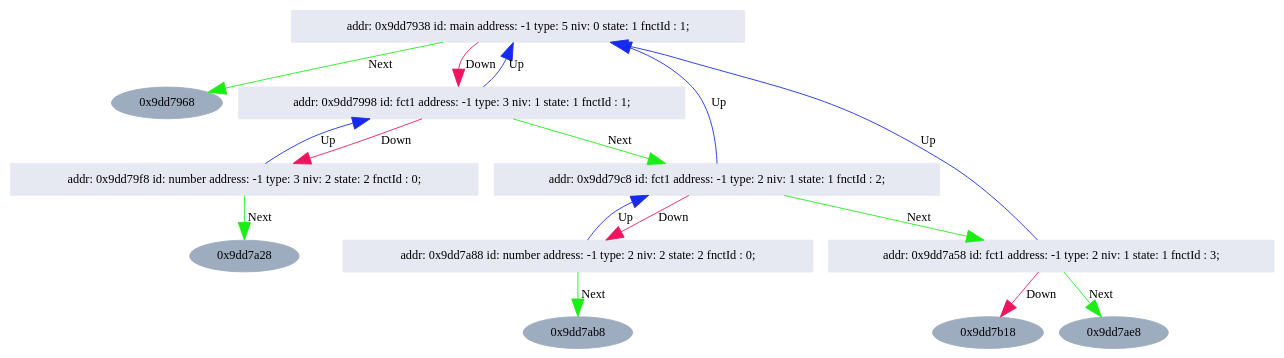
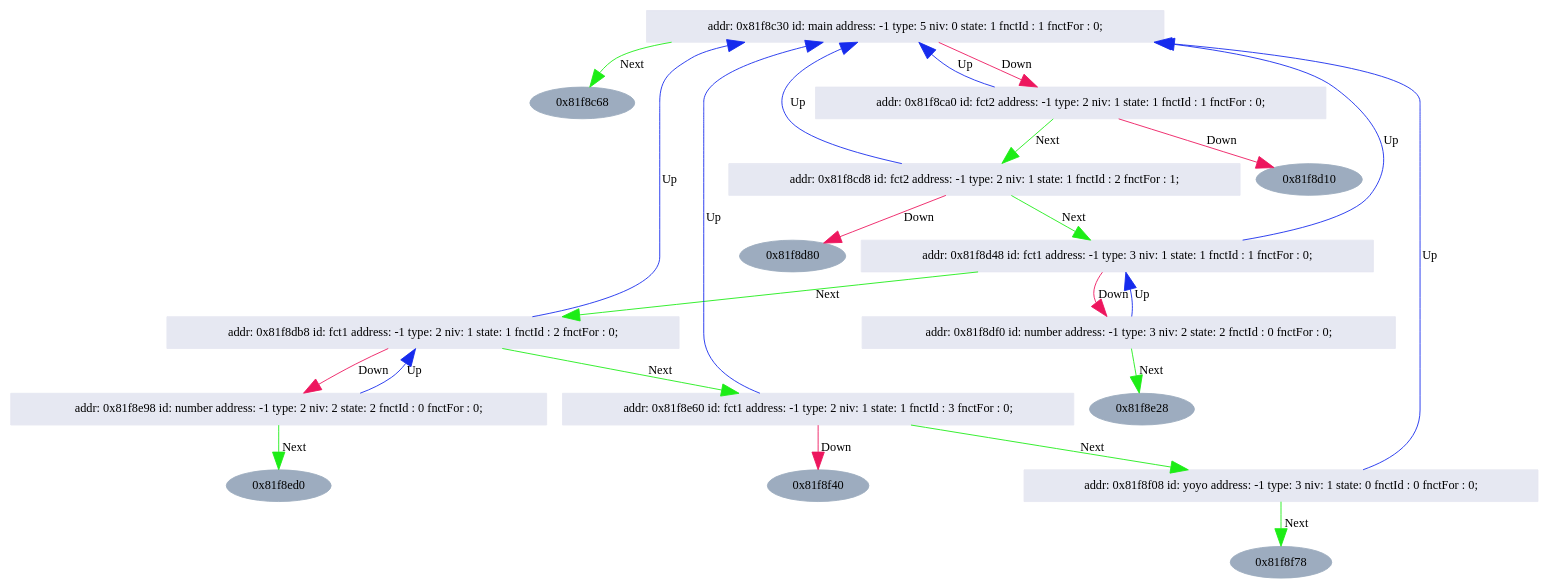
The diagram in lsd12/code/TabSymGraph.dot (w0lf3011/13-lsd12), drawn with Graphviz before and after one commit. The commit also changed 9 other files, not shown here.

```diff
--- a/lsd12/code/TabSymGraph.dot
+++ b/lsd12/code/TabSymGraph.dot
@@ -1,36 +1,52 @@
 //dot -Tjpg -oArbreGraph.jpg ArbreGraph.dot
 digraph LSD12{
 	bgcolor=white
 	node [color="#9DACBF", fontcolor="#000000", style=filled];
 	edge [arrowsize=2, color="#000000"];
 
 // A remplacer avec ce qu'il y a entre ";*** BEGIN printTreeGraphViz(..) +locations ***" et ";*** END printTreeGraphViz(..) +locations ***"
 
-"0x9dd7938";
-"0x9dd7938"[shape=box, color="#e6e8f2", fontcolor="#000000",label="addr: 0x9dd7938 id: main address: -1 type: 5 niv: 0 state: 1 fnctId : 1;"];
-"0x9dd7938" -> "0x9dd7968" [color="#1DED16", label="Next"];
-"0x9dd7938" -> "0x9dd7998"[color="#ED165E", label="Down"];
-"0x9dd7998";
-"0x9dd7998"[shape=box, color="#e6e8f2", fontcolor="#000000",label="addr: 0x9dd7998 id: fct1 address: -1 type: 3 niv: 1 state: 1 fnctId : 1;"];
-"0x9dd7998" -> "0x9dd79c8" [color="#1DED16", label="Next"];
-"0x9dd7998" -> "0x9dd79f8"[color="#ED165E", label="Down"];
-"0x9dd7998" -> "0x9dd7938"[color="#162BED", label="Up"];
-"0x9dd79f8";
-"0x9dd79f8"[shape=box, color="#e6e8f2", fontcolor="#000000",label="addr: 0x9dd79f8 id: number address: -1 type: 3 niv: 2 state: 2 fnctId : 0;"];
-"0x9dd79f8" -> "0x9dd7a28" [color="#1DED16", label="Next"];
-"0x9dd79f8" -> "0x9dd7998"[color="#162BED", label="Up"];
-"0x9dd79c8";
-"0x9dd79c8"[shape=box, color="#e6e8f2", fontcolor="#000000",label="addr: 0x9dd79c8 id: fct1 address: -1 type: 2 niv: 1 state: 1 fnctId : 2;"];
-"0x9dd79c8" -> "0x9dd7a58" [color="#1DED16", label="Next"];
-"0x9dd79c8" -> "0x9dd7a88"[color="#ED165E", label="Down"];
-"0x9dd79c8" -> "0x9dd7938"[color="#162BED", label="Up"];
-"0x9dd7a88";
-"0x9dd7a88"[shape=box, color="#e6e8f2", fontcolor="#000000",label="addr: 0x9dd7a88 id: number address: -1 type: 2 niv: 2 state: 2 fnctId : 0;"];
-"0x9dd7a88" -> "0x9dd7ab8" [color="#1DED16", label="Next"];
-"0x9dd7a88" -> "0x9dd79c8"[color="#162BED", label="Up"];
-"0x9dd7a58";
-"0x9dd7a58"[shape=box, color="#e6e8f2", fontcolor="#000000",label="addr: 0x9dd7a58 id: fct1 address: -1 type: 2 niv: 1 state: 1 fnctId : 3;"];
-"0x9dd7a58" -> "0x9dd7ae8" [color="#1DED16", label="Next"];
-"0x9dd7a58" -> "0x9dd7b18"[color="#ED165E", label="Down"];
-"0x9dd7a58" -> "0x9dd7938"[color="#162BED", label="Up"];
+"0x81f8c30";
+"0x81f8c30"[shape=box, color="#e6e8f2", fontcolor="#000000",label="addr: 0x81f8c30 id: main address: -1 type: 5 niv: 0 state: 1 fnctId : 1 fnctFor : 0;"];
+"0x81f8c30" -> "0x81f8c68" [color="#1DED16", label="Next"];
+"0x81f8c30" -> "0x81f8ca0"[color="#ED165E", label="Down"];
+"0x81f8ca0";
+"0x81f8ca0"[shape=box, color="#e6e8f2", fontcolor="#000000",label="addr: 0x81f8ca0 id: fct2 address: -1 type: 2 niv: 1 state: 1 fnctId : 1 fnctFor : 0;"];
+"0x81f8ca0" -> "0x81f8cd8" [color="#1DED16", label="Next"];
+"0x81f8ca0" -> "0x81f8d10"[color="#ED165E", label="Down"];
+"0x81f8ca0" -> "0x81f8c30"[color="#162BED", label="Up"];
+"0x81f8cd8";
+"0x81f8cd8"[shape=box, color="#e6e8f2", fontcolor="#000000",label="addr: 0x81f8cd8 id: fct2 address: -1 type: 2 niv: 1 state: 1 fnctId : 2 fnctFor : 1;"];
+"0x81f8cd8" -> "0x81f8d48" [color="#1DED16", label="Next"];
+"0x81f8cd8" -> "0x81f8d80"[color="#ED165E", label="Down"];
+"0x81f8cd8" -> "0x81f8c30"[color="#162BED", label="Up"];
+"0x81f8d48";
+"0x81f8d48"[shape=box, color="#e6e8f2", fontcolor="#000000",label="addr: 0x81f8d48 id: fct1 address: -1 type: 3 niv: 1 state: 1 fnctId : 1 fnctFor : 0;"];
+"0x81f8d48" -> "0x81f8db8" [color="#1DED16", label="Next"];
+"0x81f8d48" -> "0x81f8df0"[color="#ED165E", label="Down"];
+"0x81f8d48" -> "0x81f8c30"[color="#162BED", label="Up"];
+"0x81f8df0";
+"0x81f8df0"[shape=box, color="#e6e8f2", fontcolor="#000000",label="addr: 0x81f8df0 id: number address: -1 type: 3 niv: 2 state: 2 fnctId : 0 fnctFor : 0;"];
+"0x81f8df0" -> "0x81f8e28" [color="#1DED16", label="Next"];
+"0x81f8df0" -> "0x81f8d48"[color="#162BED", label="Up"];
+"0x81f8db8";
+"0x81f8db8"[shape=box, color="#e6e8f2", fontcolor="#000000",label="addr: 0x81f8db8 id: fct1 address: -1 type: 2 niv: 1 state: 1 fnctId : 2 fnctFor : 0;"];
+"0x81f8db8" -> "0x81f8e60" [color="#1DED16", label="Next"];
+"0x81f8db8" -> "0x81f8e98"[color="#ED165E", label="Down"];
+"0x81f8db8" -> "0x81f8c30"[color="#162BED", label="Up"];
+"0x81f8e98";
+"0x81f8e98"[shape=box, color="#e6e8f2", fontcolor="#000000",label="addr: 0x81f8e98 id: number address: -1 type: 2 niv: 2 state: 2 fnctId : 0 fnctFor : 0;"];
+"0x81f8e98" -> "0x81f8ed0" [color="#1DED16", label="Next"];
+"0x81f8e98" -> "0x81f8db8"[color="#162BED", label="Up"];
+"0x81f8e60";
+"0x81f8e60"[shape=box, color="#e6e8f2", fontcolor="#000000",label="addr: 0x81f8e60 id: fct1 address: -1 type: 2 niv: 1 state: 1 fnctId : 3 fnctFor : 0;"];
+"0x81f8e60" -> "0x81f8f08" [color="#1DED16", label="Next"];
+"0x81f8e60" -> "0x81f8f40"[color="#ED165E", label="Down"];
+"0x81f8e60" -> "0x81f8c30"[color="#162BED", label="Up"];
+"0x81f8f08";
+"0x81f8f08"[shape=box, color="#e6e8f2", fontcolor="#000000",label="addr: 0x81f8f08 id: yoyo address: -1 type: 3 niv: 1 state: 0 fnctId : 0 fnctFor : 0;"];
+"0x81f8f08" -> "0x81f8f78" [color="#1DED16", label="Next"];
+"0x81f8f08" -> "0x81f8c30"[color="#162BED", label="Up"];
+
+
 }
```
